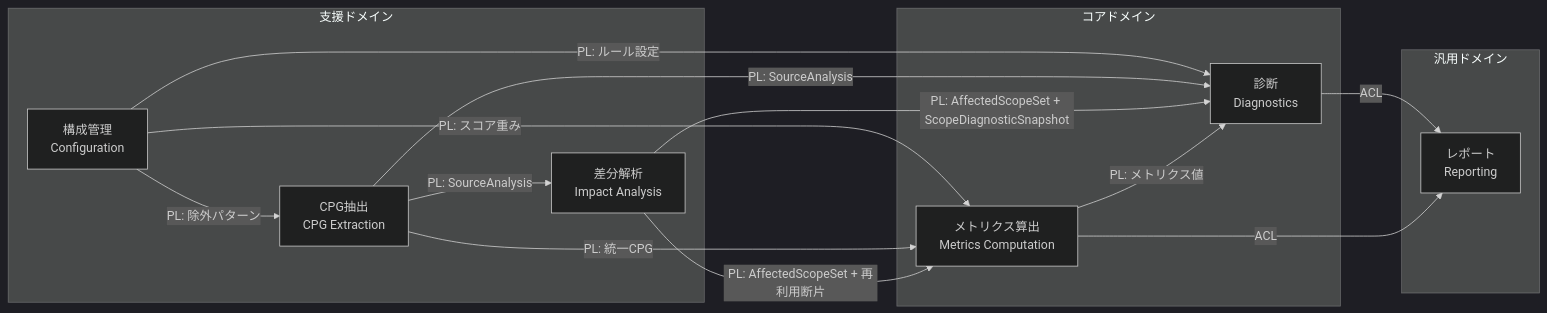
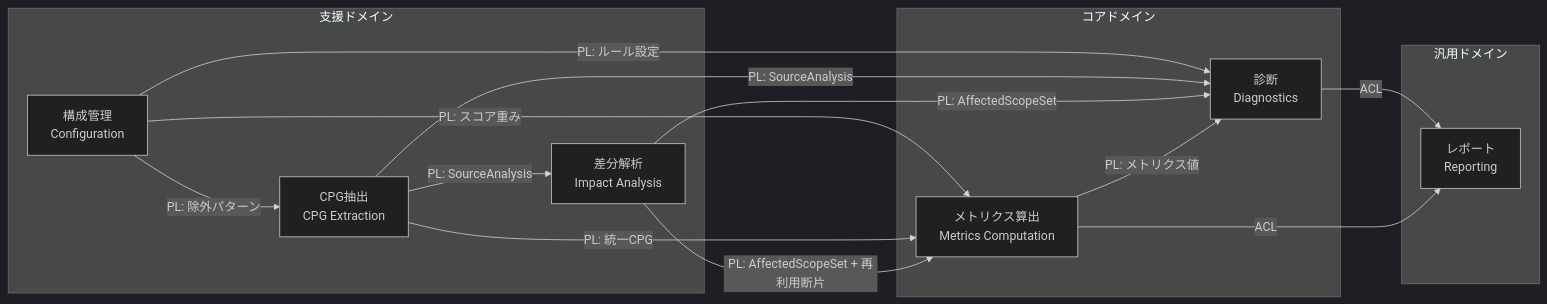
One commit to RK0429/kalos changed the first of 9 diagrams in docs/domain_model.md. Above: the diagram before and after it, drawn with Mermaid (dark theme). The commit also changed other lines of this file and 4 other files, not shown here.

````diff
--- a/docs/domain_model.md
+++ b/docs/domain_model.md
@@ -22,27 +22,27 @@
 ```mermaid
 graph LR
     subgraph コアドメイン
         MC["メトリクス算出<br/>Metrics Computation"]
         DC["診断<br/>Diagnostics"]
     end
     subgraph 支援ドメイン
         CE["CPG抽出<br/>CPG Extraction"]
         IA["差分解析<br/>Impact Analysis"]
         CC["構成管理<br/>Configuration"]
     end
     subgraph 汎用ドメイン
         RC["レポート<br/>Reporting"]
     end
 
     CC -- "PL: 除外パターン" --> CE
     CC -- "PL: スコア重み" --> MC
     CC -- "PL: ルール設定" --> DC
     CE -- "PL: 統一CPG" --> MC
     CE -- "PL: SourceAnalysis" --> DC
     CE -- "PL: SourceAnalysis" --> IA
     IA -- "PL: AffectedScopeSet + 再利用断片" --> MC
-    IA -- "PL: AffectedScopeSet + ScopeDiagnosticSnapshot" --> DC
+    IA -- "PL: AffectedScopeSet" --> DC
     MC -- "PL: メトリクス値" --> DC
     DC -- "ACL" --> RC
     MC -- "ACL" --> RC
 ```
````
